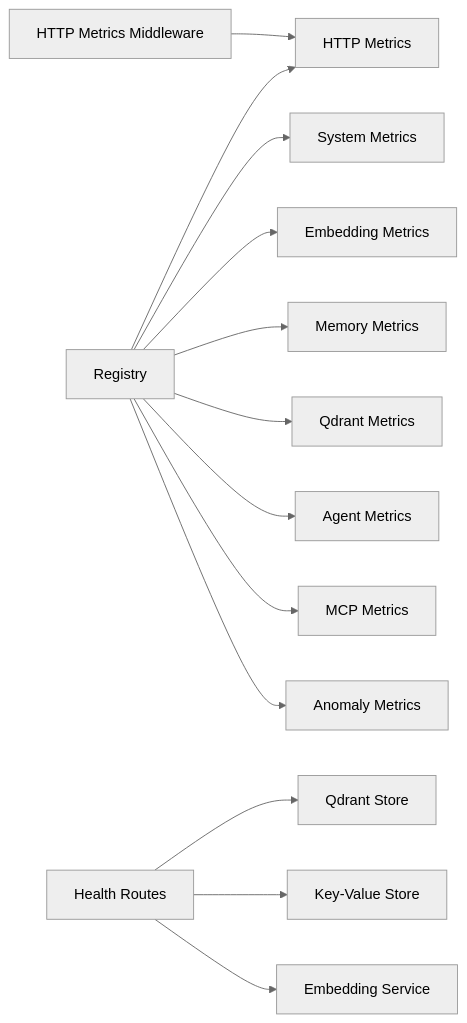
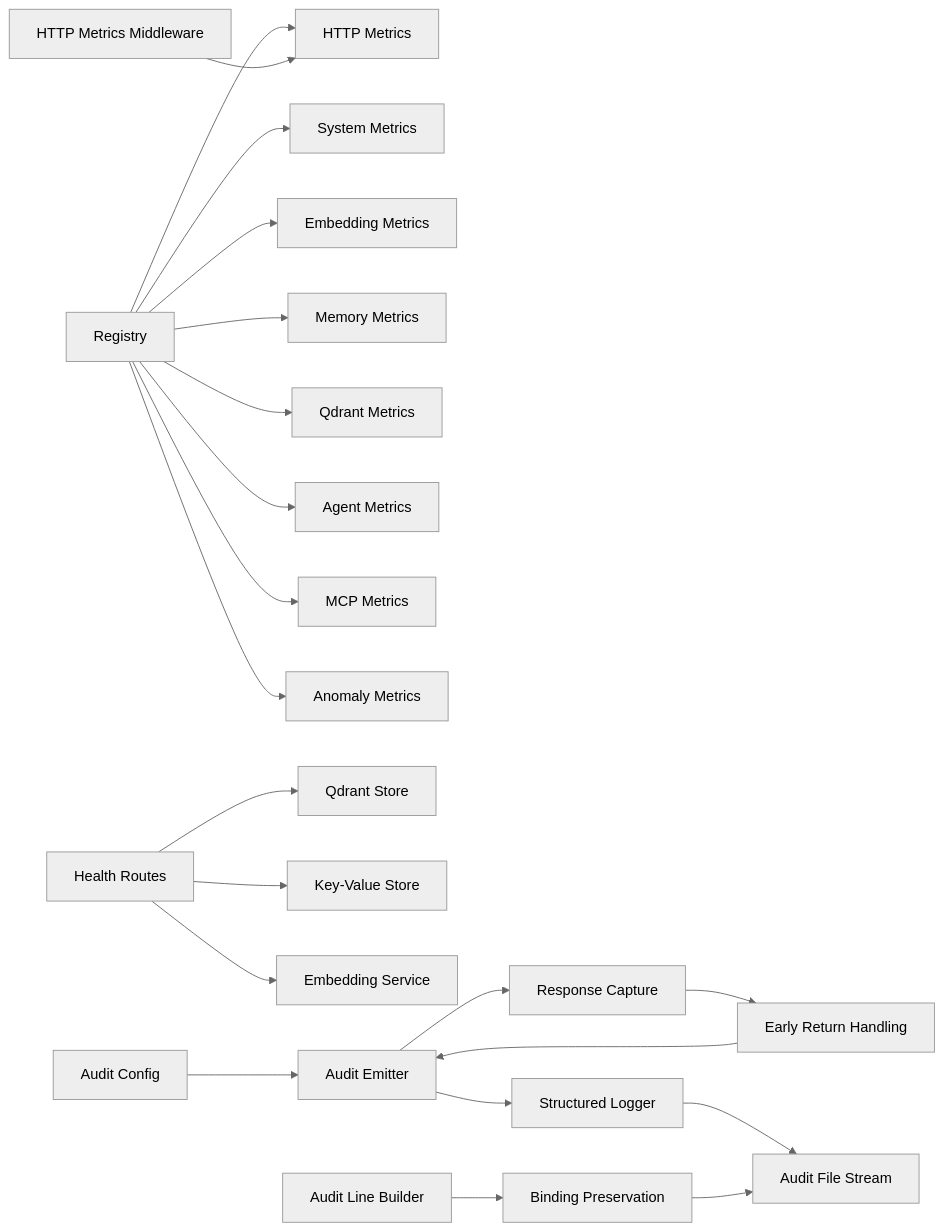
The seventh of 7 diagrams in .qoder/repowiki/en/content/Monitoring & Observability.md (debian777/kairos-mcp), drawn with Mermaid (neutral theme) before and after one commit. The commit also changed other lines of this file and 44 other files, not shown here.

````diff
--- a/.qoder/repowiki/en/content/Monitoring & Observability.md
+++ b/.qoder/repowiki/en/content/Monitoring & Observability.md
@@ -364,15 +512,23 @@
 ```mermaid
 graph LR
 Reg["Registry"] --> HM["HTTP Metrics"]
 Reg --> SM["System Metrics"]
 Reg --> EM["Embedding Metrics"]
 Reg --> MM["Memory Metrics"]
 Reg --> QM["Qdrant Metrics"]
 Reg --> AM["Agent Metrics"]
 Reg --> CM["MCP Metrics"]
 Reg --> AN["Anomaly Metrics"]
 MW["HTTP Metrics Middleware"] --> HM
 HS["Health Routes"] --> Q["Qdrant Store"]
 HS --> KV["Key-Value Store"]
 HS --> ES["Embedding Service"]
+AC["Audit Config"] --> AE["Audit Emitter"]
+AE --> RC["Response Capture"]
+AE --> SL["Structured Logger"]
+SL --> AF["Audit File Stream"]
+ALS["Audit Line Builder"] --> BP["Binding Preservation"]
+BP --> AF
+RC --> ER["Early Return Handling"]
+ER --> AE
 ```
````
